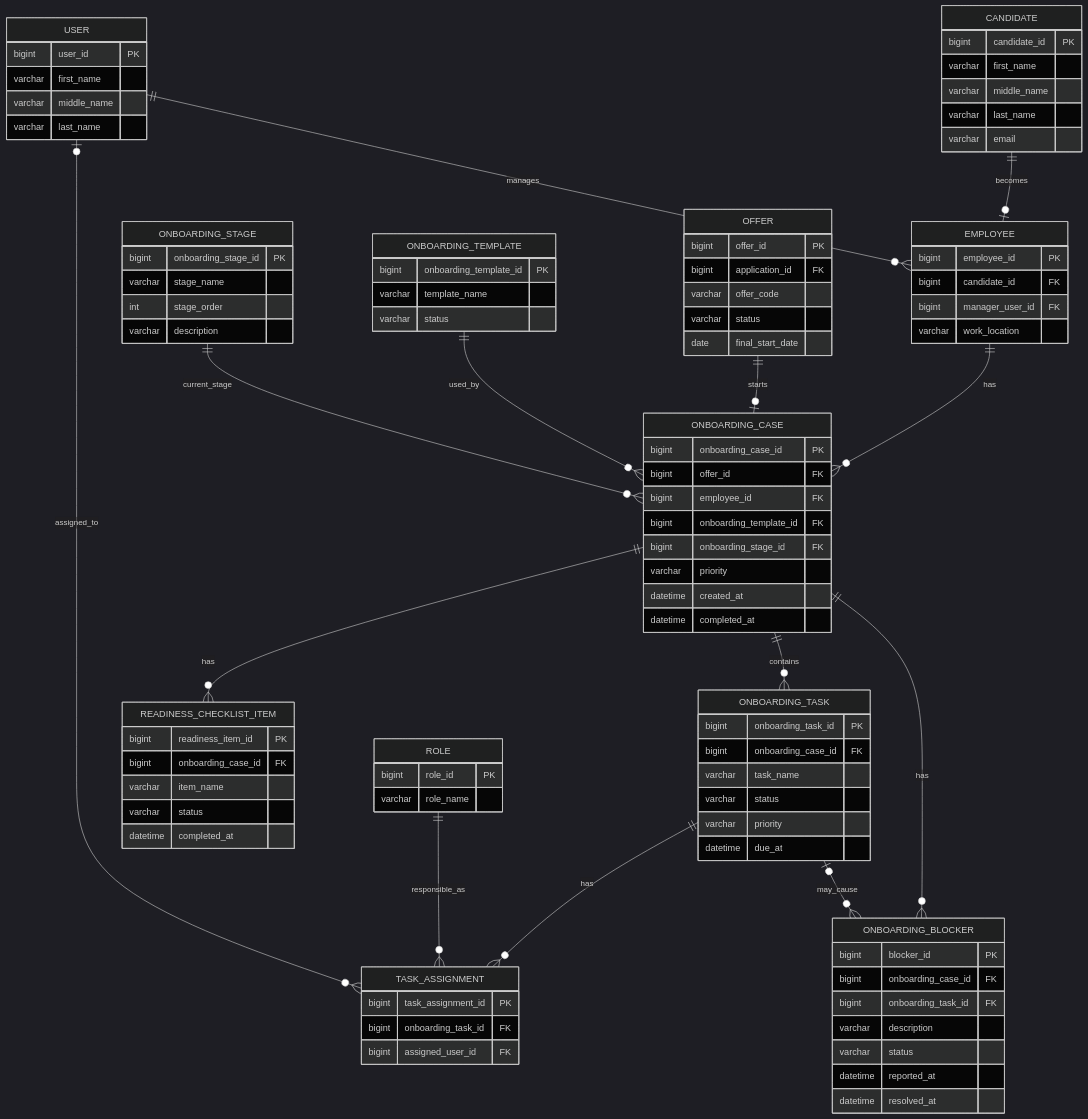
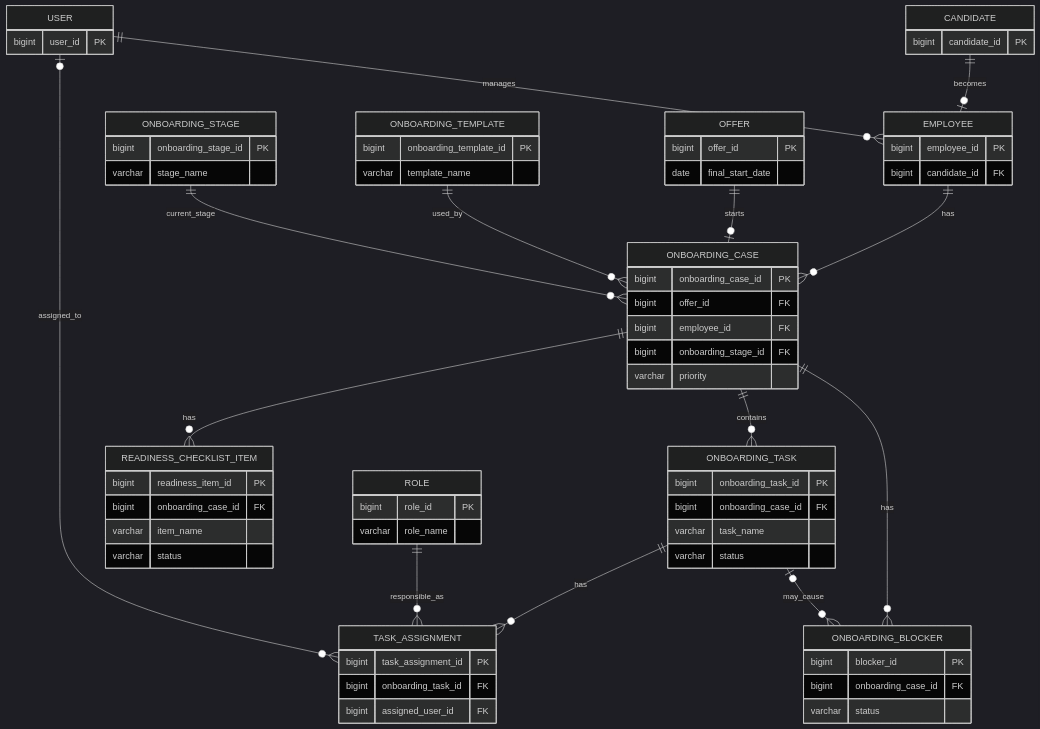
The sixth of 8 diagrams in docs/README.md (Huy1801214/HR), drawn with Mermaid (dark theme) before and after one commit. The commit also changed other lines of this file and 1 other file, not shown here.

Commit message:
add onboarding documentation with architectural diagrams and ERDs

````diff
--- a/docs/README.md
+++ b/docs/README.md
@@ -497,49 +453,34 @@
 
     CANDIDATE {
         bigint candidate_id PK
-        varchar first_name
-        varchar middle_name
-        varchar last_name
-        varchar email
     }
 
     OFFER {
         bigint offer_id PK
-        bigint application_id FK
-        varchar offer_code
-        varchar status
         date final_start_date
     }
 
     EMPLOYEE {
         bigint employee_id PK
         bigint candidate_id FK
-        bigint manager_user_id FK
-        varchar work_location
     }
 
     ONBOARDING_TEMPLATE {
         bigint onboarding_template_id PK
         varchar template_name
-        varchar status
     }
 
     ONBOARDING_STAGE {
         bigint onboarding_stage_id PK
         varchar stage_name
-        int stage_order
-        varchar description
     }
 
     ONBOARDING_CASE {
         bigint onboarding_case_id PK
         bigint offer_id FK
         bigint employee_id FK
-        bigint onboarding_template_id FK
         bigint onboarding_stage_id FK
         varchar priority
-        datetime created_at
-        datetime completed_at
     }
 
     ONBOARDING_TASK {
@@ -547,8 +488,6 @@
         bigint onboarding_case_id FK
         varchar task_name
         varchar status
-        varchar priority
-        datetime due_at
     }
 
     TASK_ASSIGNMENT {
@@ -562,24 +501,16 @@
         bigint onboarding_case_id FK
         varchar item_name
         varchar status
-        datetime completed_at
     }
 
     ONBOARDING_BLOCKER {
         bigint blocker_id PK
         bigint onboarding_case_id FK
-        bigint onboarding_task_id FK
-        varchar description
         varchar status
-        datetime reported_at
-        datetime resolved_at
     }
 
     USER {
         bigint user_id PK
-        varchar first_name
-        varchar middle_name
-        varchar last_name
     }
 
     ROLE {
@@ -588,28 +519,16 @@
     }
 
     CANDIDATE ||--o| EMPLOYEE : becomes
-
     USER ||--o{ EMPLOYEE : manages
-
     EMPLOYEE ||--o{ ONBOARDING_CASE : has
-
     OFFER ||--o| ONBOARDING_CASE : starts
-
     ONBOARDING_TEMPLATE ||--o{ ONBOARDING_CASE : used_by
-
     ONBOARDING_STAGE ||--o{ ONBOARDING_CASE : current_stage
-
     ONBOARDING_CASE ||--o{ ONBOARDING_TASK : contains
-
     ONBOARDING_TASK ||--o{ TASK_ASSIGNMENT : has
-
     ROLE ||--o{ TASK_ASSIGNMENT : responsible_as
-
     USER o|--o{ TASK_ASSIGNMENT : assigned_to
-
     ONBOARDING_CASE ||--o{ READINESS_CHECKLIST_ITEM : has
-
     ONBOARDING_CASE ||--o{ ONBOARDING_BLOCKER : has
-
     ONBOARDING_TASK o|--o{ ONBOARDING_BLOCKER : may_cause
 ```
````
